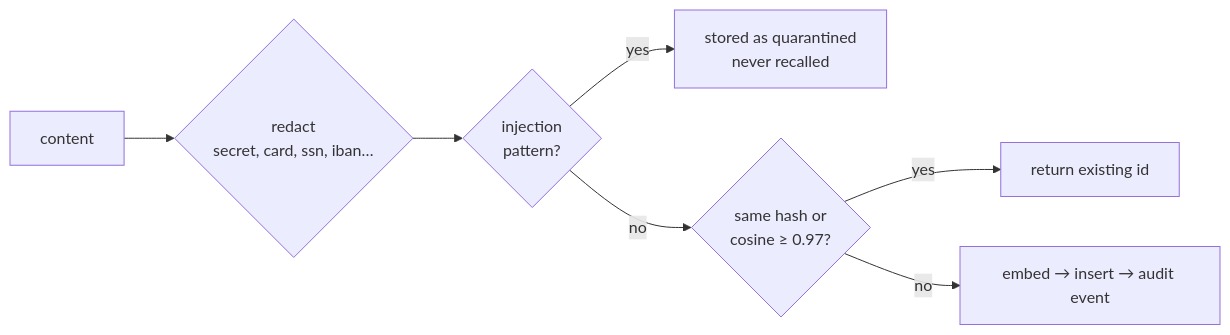
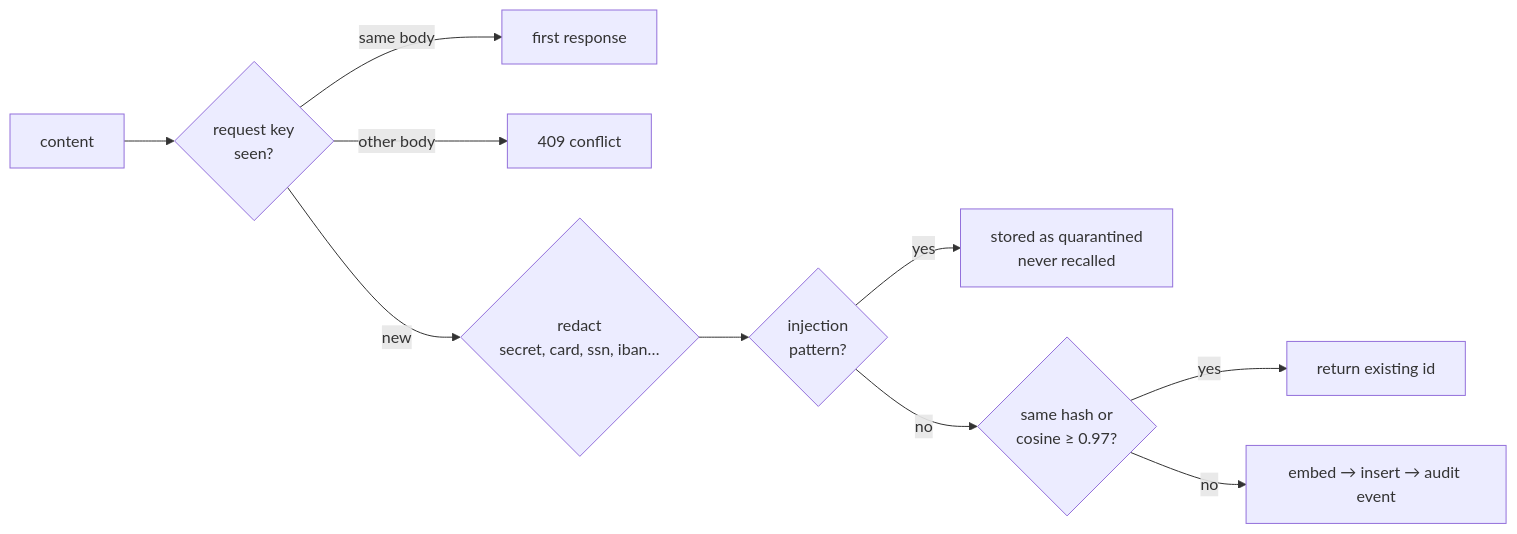
Before and after one commit to memhousehq/memhouse: the second of 4 diagrams in docs/api.md, drawn with Mermaid. The commit also changed other lines of this file and 33 other files, not shown here.

````diff
--- a/docs/api.md
+++ b/docs/api.md
@@ -171,9 +219,12 @@
 ```mermaid
 flowchart LR
-    I[content] --> R{redact<br/>secret, card, ssn, iban…}
+    I[content] --> K{request key<br/>seen?}
+    K -- same body --> OLD[first response]
+    K -- other body --> C409[409 conflict]
+    K -- new --> R{redact<br/>secret, card, ssn, iban…}
     R --> Q{injection<br/>pattern?}
     Q -- yes --> QS[stored as quarantined<br/>never recalled]
     Q -- no --> D{same hash or<br/>cosine ≥ 0.97?}
     D -- yes --> DUP[return existing id]
     D -- no --> W[embed → insert → audit event]
 ```
````
